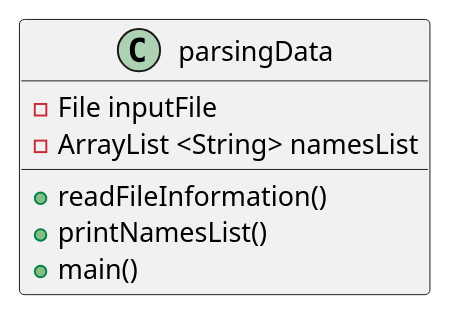
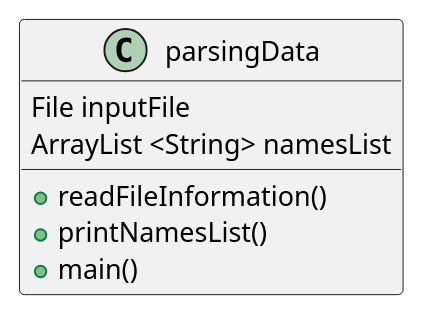
One commit to MohTaher108/taher-cop3330-assignment3 changed the diagram in docs/ex42.puml. Above: the diagram before and after it, drawn with PlantUML. The commit also changed 11 other files, not shown here.

```diff
--- a/docs/ex42.puml
+++ b/docs/ex42.puml
@@ -1,12 +1,12 @@
 @startuml
 'https://plantuml.com/class-diagram
 
 class parsingData {
-- File inputFile
-- ArrayList <String> namesList
+File inputFile
+ArrayList <String> namesList
 + readFileInformation()
 + printNamesList()
 + main()
 }
 
 @enduml
```
